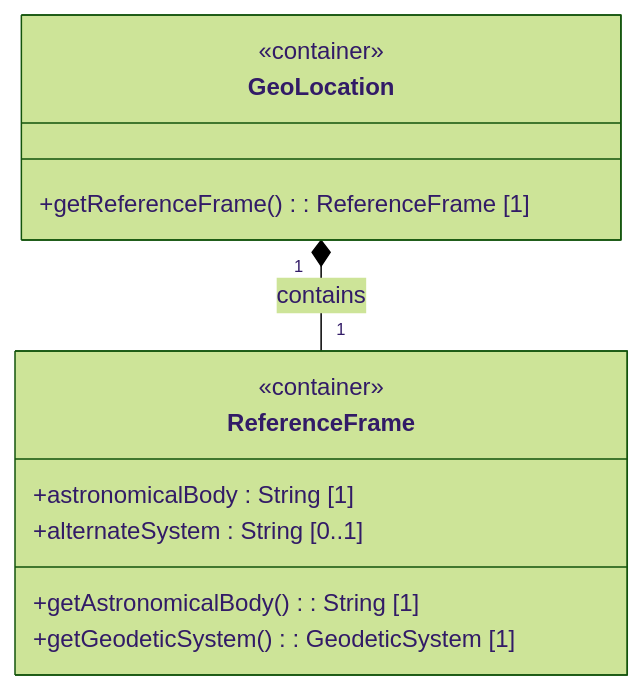
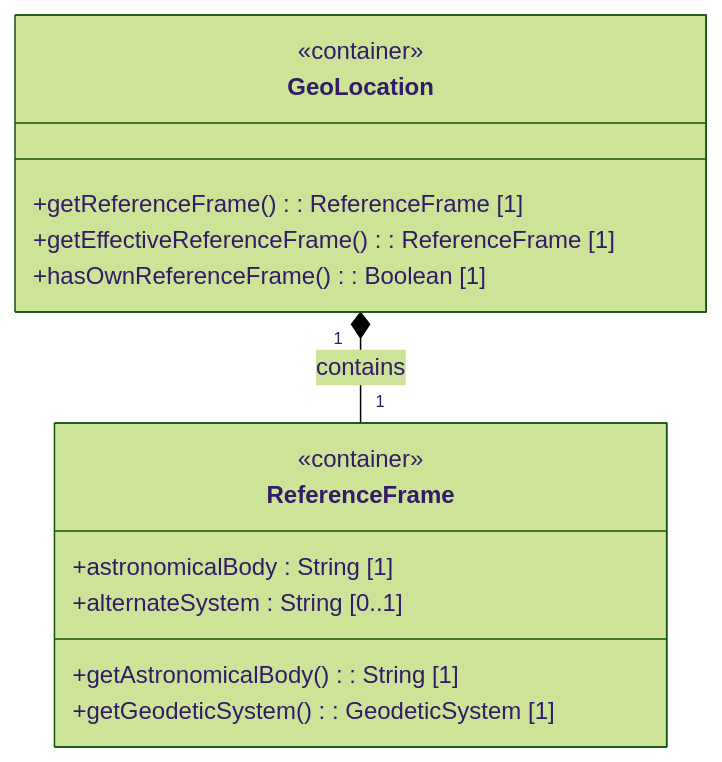
Before and after one commit to gintatkinson/dep-tst40: the diagram in docs/features/feat-01-reference-frame.md, drawn with Mermaid (forest theme). The commit also changed 6 other files, not shown here.

First line of the commit message:
docs: fix remaining UML compliance — epic sections, isolated classes, service classifiers, alternate flows

````diff
--- a/docs/features/feat-01-reference-frame.md
+++ b/docs/features/feat-01-reference-frame.md
@@ -19,15 +19,17 @@
 ```mermaid
 classDiagram
     class GeoLocation {
         <<container>>
         +getReferenceFrame() : ReferenceFrame [1]
+        +getEffectiveReferenceFrame() : ReferenceFrame [1]
+        +hasOwnReferenceFrame() : Boolean [1]
     }
     class ReferenceFrame {
         <<container>>
         +astronomicalBody : String [1]
         +alternateSystem : String [0..1]
         +getAstronomicalBody() : String [1]
         +getGeodeticSystem() : GeodeticSystem [1]
     }
     GeoLocation "1" *-- "1" ReferenceFrame : contains
 ```
````
